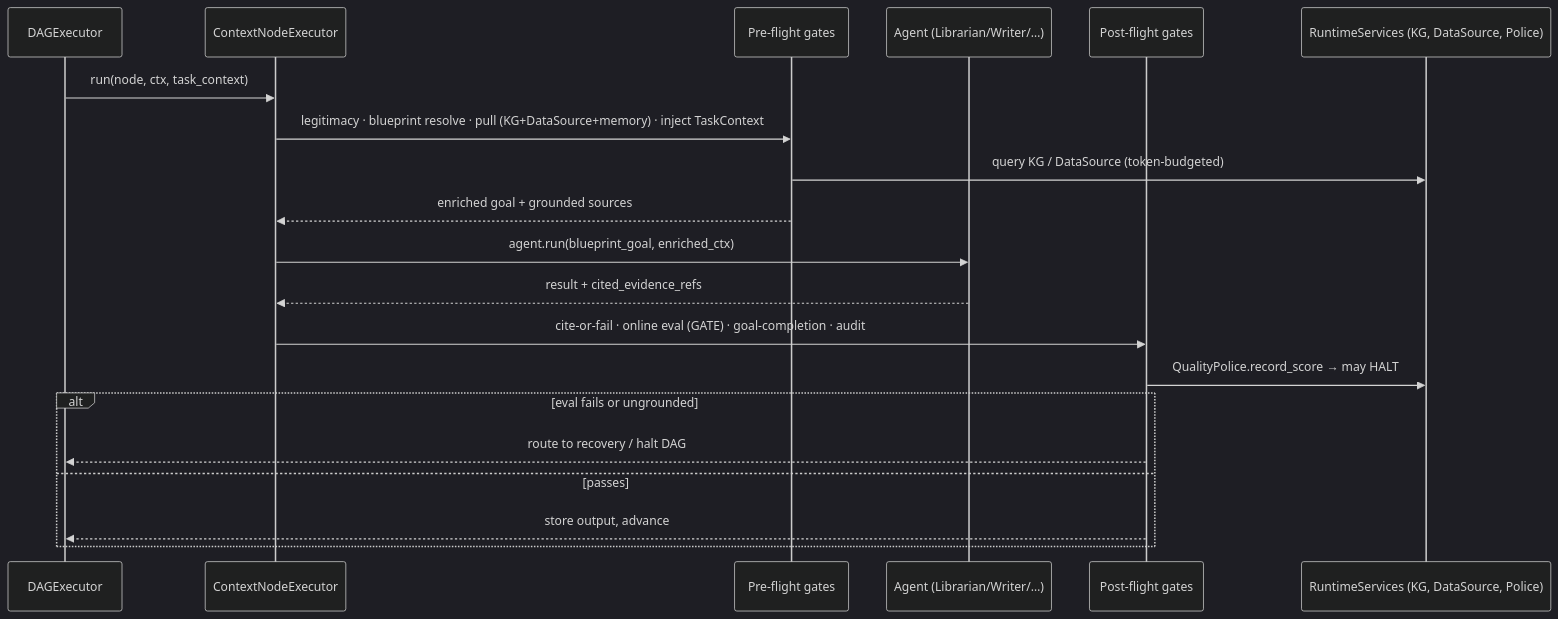
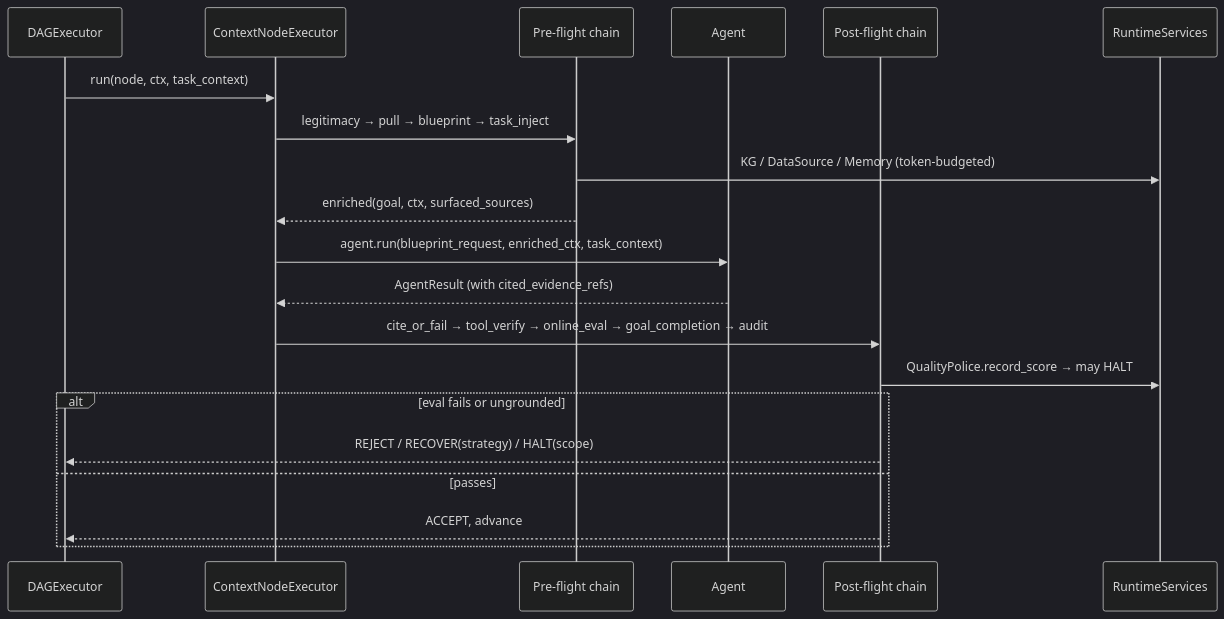
One commit to drchinca/cemaf changed the diagram in docs/specs/SPEC-00-enterprise-context-brain.md. Above: the diagram before and after it, drawn with Mermaid (dark theme). The commit also changed other lines of this file and 7 other files, not shown here.

````diff
--- a/docs/specs/SPEC-00-enterprise-context-brain.md
+++ b/docs/specs/SPEC-00-enterprise-context-brain.md
@@ -64,23 +65,23 @@
 ```mermaid
 sequenceDiagram
     participant Ex as DAGExecutor
     participant NE as ContextNodeExecutor
-    participant Pre as Pre-flight gates
-    participant Ag as Agent (Librarian/Writer/…)
-    participant Post as Post-flight gates
-    participant Svc as RuntimeServices (KG, DataSource, Police)
+    participant Pre as Pre-flight chain
+    participant Ag as Agent
+    participant Post as Post-flight chain
+    participant Svc as RuntimeServices
 
     Ex->>NE: run(node, ctx, task_context)
-    NE->>Pre: legitimacy · blueprint resolve · pull (KG+DataSource+memory) · inject TaskContext
-    Pre->>Svc: query KG / DataSource (token-budgeted)
-    Pre-->>NE: enriched goal + grounded sources
-    NE->>Ag: agent.run(blueprint_goal, enriched_ctx)
-    Ag-->>NE: result + cited_evidence_refs
-    NE->>Post: cite-or-fail · online eval (GATE) · goal-completion · audit
+    NE->>Pre: legitimacy → pull → blueprint → task_inject
+    Pre->>Svc: KG / DataSource / Memory (token-budgeted)
+    Pre-->>NE: enriched(goal, ctx, surfaced_sources)
+    NE->>Ag: agent.run(blueprint_request, enriched_ctx, task_context)
+    Ag-->>NE: AgentResult (with cited_evidence_refs)
+    NE->>Post: cite_or_fail → tool_verify → online_eval → goal_completion → audit
     Post->>Svc: QualityPolice.record_score → may HALT
     alt eval fails or ungrounded
-        Post-->>Ex: route to recovery / halt DAG
+        Post-->>Ex: REJECT / RECOVER(strategy) / HALT(scope)
     else passes
-        Post-->>Ex: store output, advance
+        Post-->>Ex: ACCEPT, advance
     end
 ```
````
